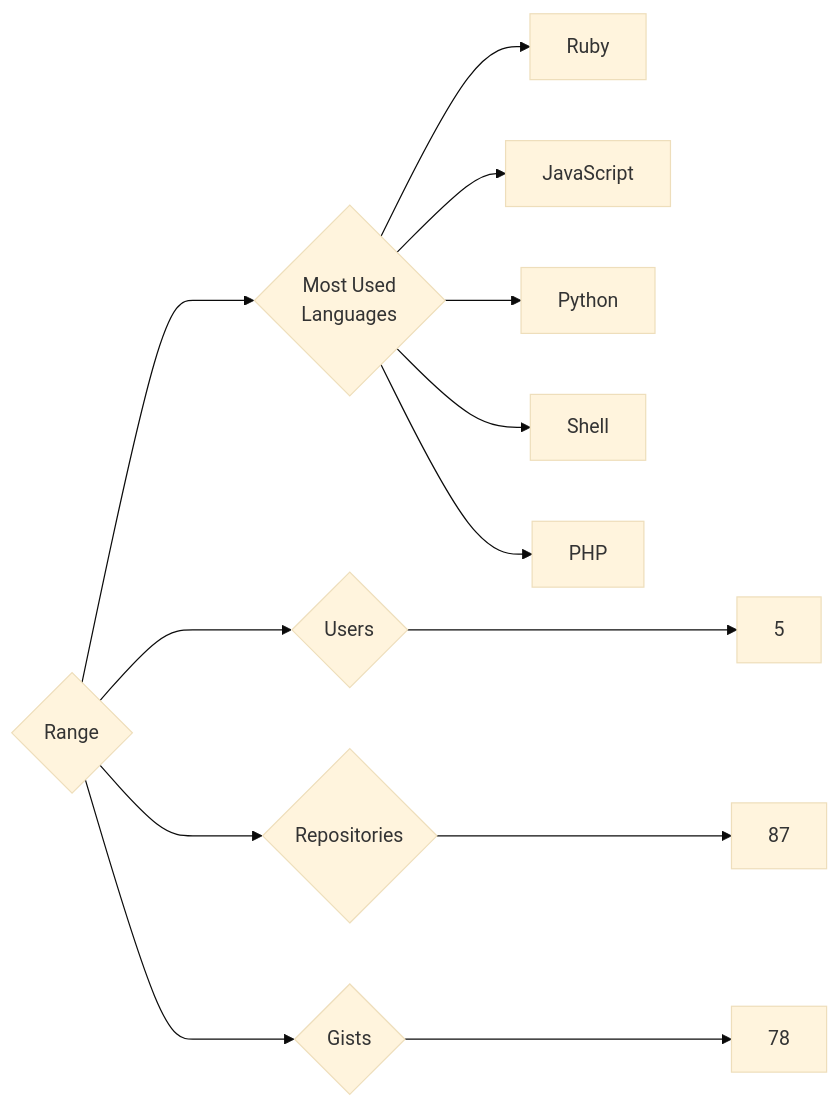
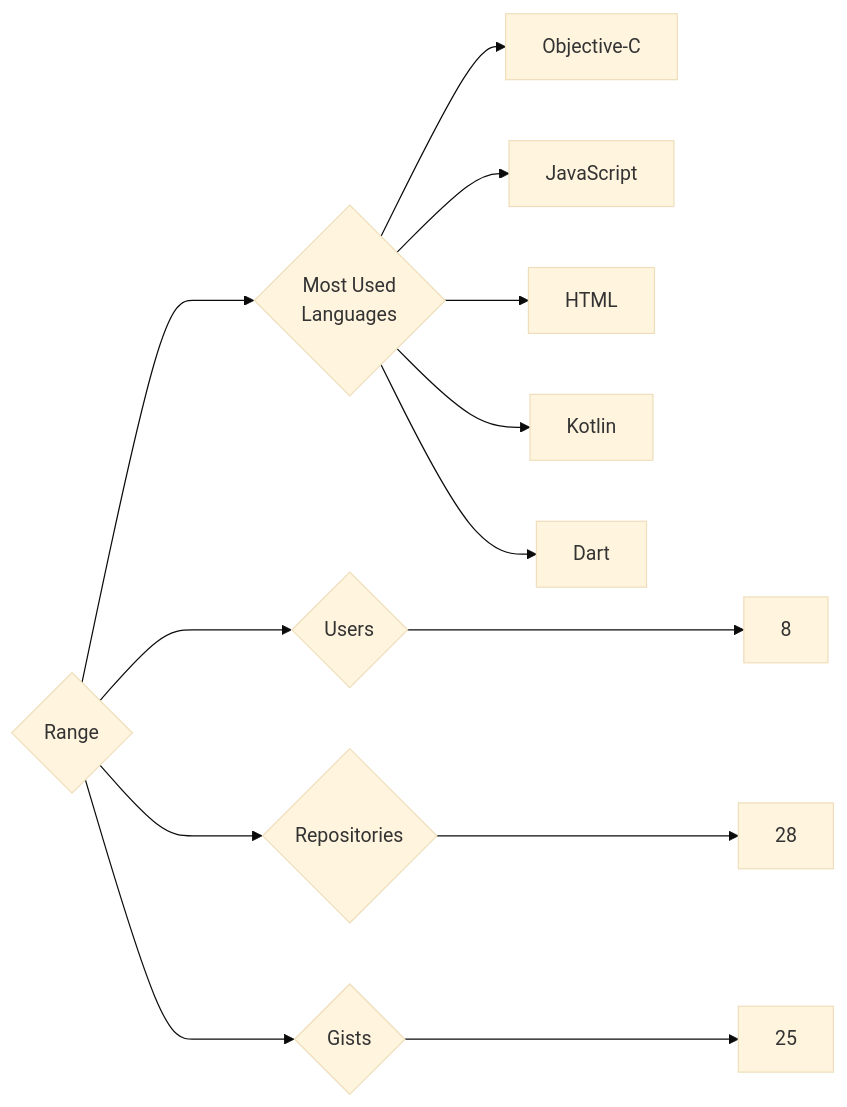
The diagram in targets/Range/README.md (trickest/insiders), drawn with Mermaid (base theme) before and after one commit. The commit also changed 1496 other files, not shown here.

````diff
--- a/targets/Range/README.md
+++ b/targets/Range/README.md
@@ -3,13 +3,13 @@
 ```mermaid
 graph LR
 COMPANY_NAME{Range}
-COMPANY_NAME ---> U{Users} ---> UN[5]
-COMPANY_NAME ---> R{Repositories} ---> RN[87]
-COMPANY_NAME ---> G{Gists} ---> GN[78]
+COMPANY_NAME ---> U{Users} ---> UN[8]
+COMPANY_NAME ---> R{Repositories} ---> RN[28]
+COMPANY_NAME ---> G{Gists} ---> GN[25]
 COMPANY_NAME ---> ML{Most Used<br>Languages}
-ML --> Ruby[Ruby]
+ML --> Objective-C[Objective-C]
 ML --> JavaScript[JavaScript]
-ML --> Python[Python]
-ML --> Shell[Shell]
-ML --> PHP[PHP]
+ML --> HTML[HTML]
+ML --> Kotlin[Kotlin]
+ML --> Dart[Dart]
 ```
````
